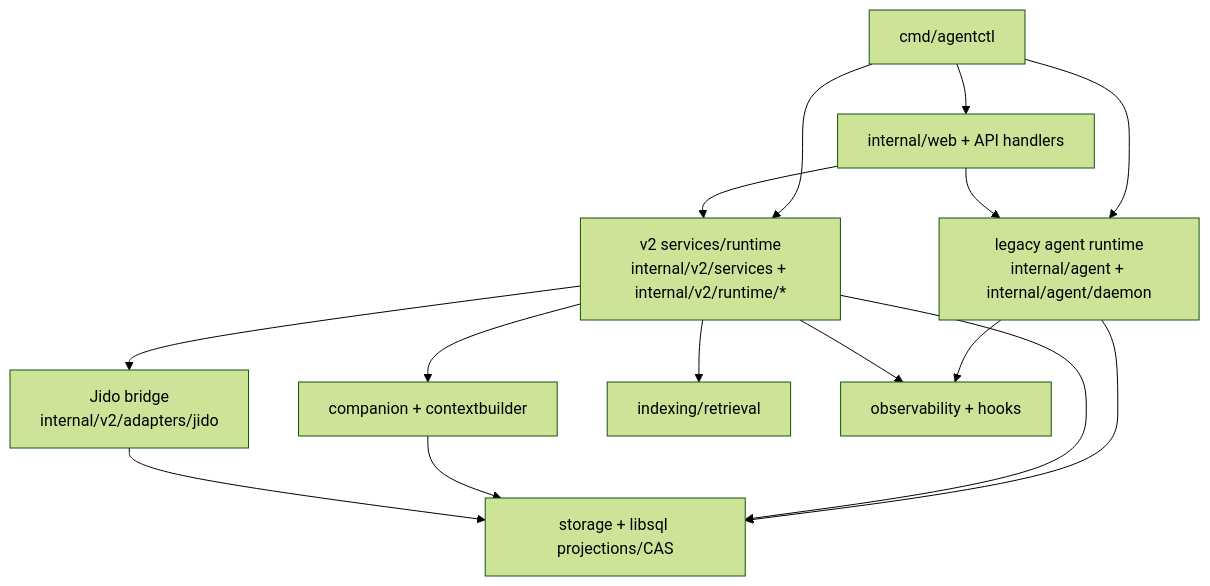
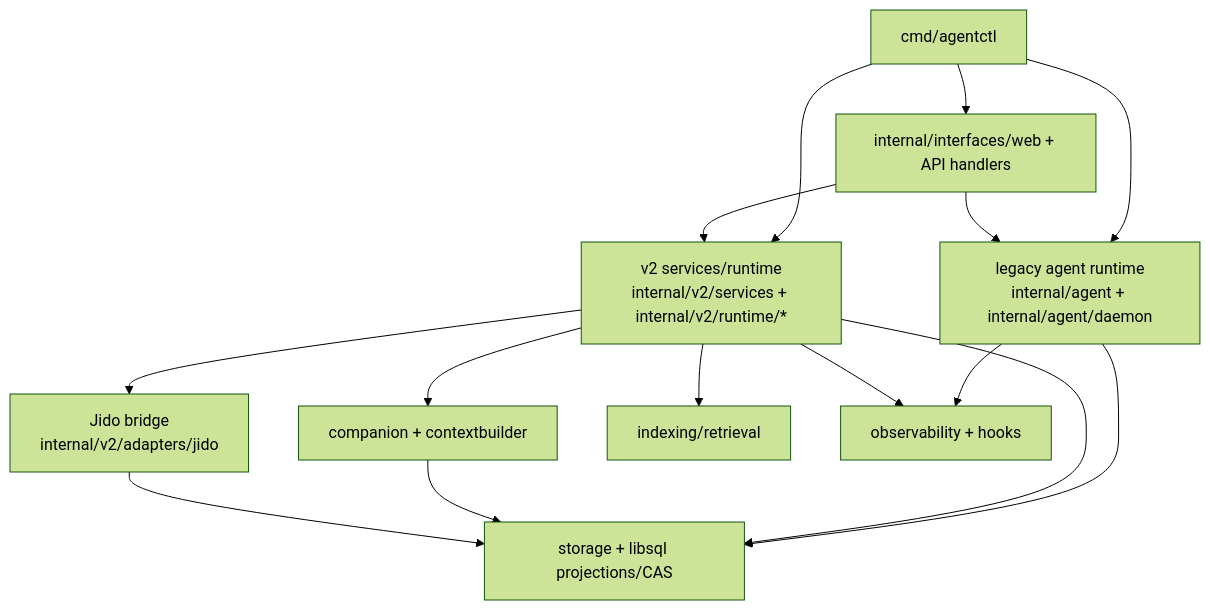
Before and after one commit to joshka0/foxctl: the diagram in docs/architecture/system-architecture.md, drawn with Mermaid (forest theme). The commit also changed other lines of this file and 113 other files, not shown here.

Commit message:
Move web under interfaces grouping

````diff
--- a/docs/architecture/system-architecture.md
+++ b/docs/architecture/system-architecture.md
@@ -15,27 +15,27 @@
 ```mermaid
 flowchart TD
     CLI[cmd/agentctl]
-    Web[internal/web + API handlers]
+    Web[internal/interfaces/web + API handlers]
     Legacy[legacy agent runtime\ninternal/agent + internal/agent/daemon]
     V2[v2 services/runtime\ninternal/v2/services + internal/v2/runtime/*]
     Jido[Jido bridge\ninternal/v2/adapters/jido]
     Stores[storage + libsql projections/CAS]
     Context[companion + contextbuilder]
     Indexing[indexing/retrieval]
     Obs[observability + hooks]
 
     CLI --> Legacy
     CLI --> V2
     CLI --> Web
     Web --> V2
     Web --> Legacy
     Legacy --> Stores
     V2 --> Jido
     V2 --> Stores
     V2 --> Context
     Context --> Stores
     V2 --> Indexing
     Legacy --> Obs
     V2 --> Obs
     Jido --> Stores
 ```
````
